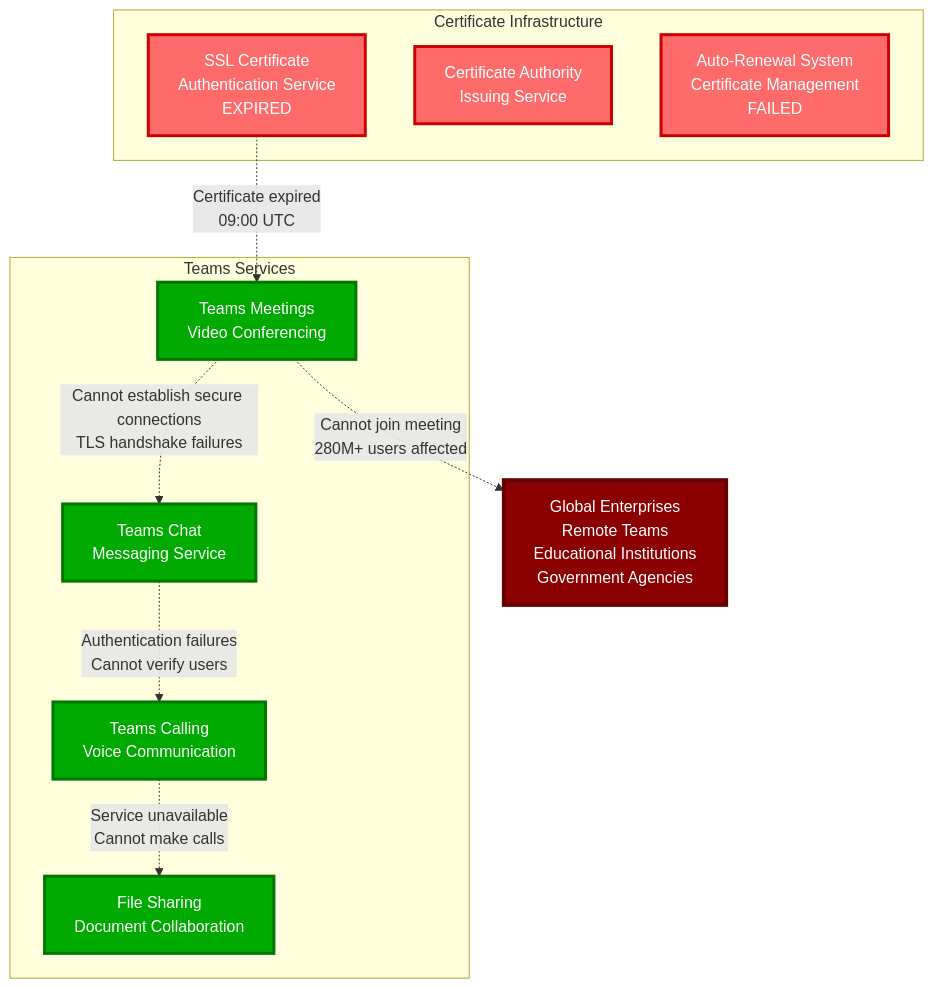
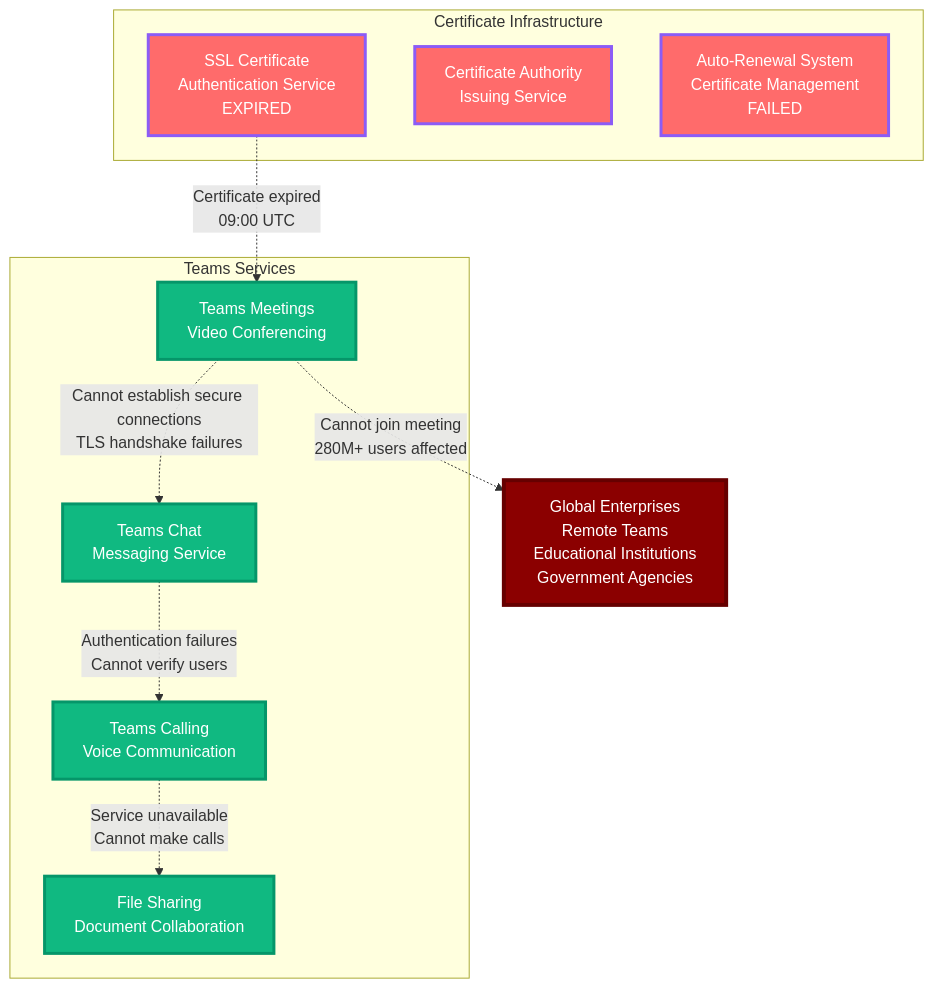
The diagram in site/docs/incidents/teams-january-2023.md (deepaucksharma/DS), drawn with Mermaid before and after one commit. The commit also changed 303 other files, not shown here.

````diff
--- a/site/docs/incidents/teams-january-2023.md
+++ b/site/docs/incidents/teams-january-2023.md
@@ -19,32 +19,32 @@
 ```mermaid
 graph TB
     subgraph "Certificate Infrastructure"
         CERT[SSL Certificate<br/>Authentication Service<br/>EXPIRED]
         CA[Certificate Authority<br/>Issuing Service]
         RENEWAL[Auto-Renewal System<br/>Certificate Management<br/>FAILED]
     end
 
     subgraph "Teams Services"
         MEETINGS[Teams Meetings<br/>Video Conferencing]
         CHAT[Teams Chat<br/>Messaging Service]
         CALLING[Teams Calling<br/>Voice Communication]
         FILES[File Sharing<br/>Document Collaboration]
     end
 
     %% Certificate failure cascade
     CERT -.->|Certificate expired<br/>09:00 UTC| MEETINGS
     MEETINGS -.->|Cannot establish secure connections<br/>TLS handshake failures| CHAT
     CHAT -.->|Authentication failures<br/>Cannot verify users| CALLING
     CALLING -.->|Service unavailable<br/>Cannot make calls| FILES
 
     %% Customer impact
     MEETINGS -.->|"Cannot join meeting"<br/>280M+ users affected| BUSINESS[Global Enterprises<br/>Remote Teams<br/>Educational Institutions<br/>Government Agencies]
 
-    classDef certStyle fill:#FF6B6B,stroke:#CC0000,color:#fff,stroke-width:3px
-    classDef serviceStyle fill:#00AA00,stroke:#007700,color:#fff,stroke-width:3px
+    classDef certStyle fill:#FF6B6B,stroke:#8B5CF6,color:#fff,stroke-width:3px
+    classDef serviceStyle fill:#10B981,stroke:#059669,color:#fff,stroke-width:3px
     classDef impactStyle fill:#8B0000,stroke:#660000,color:#fff,stroke-width:4px
 
     class CERT,CA,RENEWAL certStyle
     class MEETINGS,CHAT,CALLING,FILES serviceStyle
     class BUSINESS impactStyle
 ```
````
